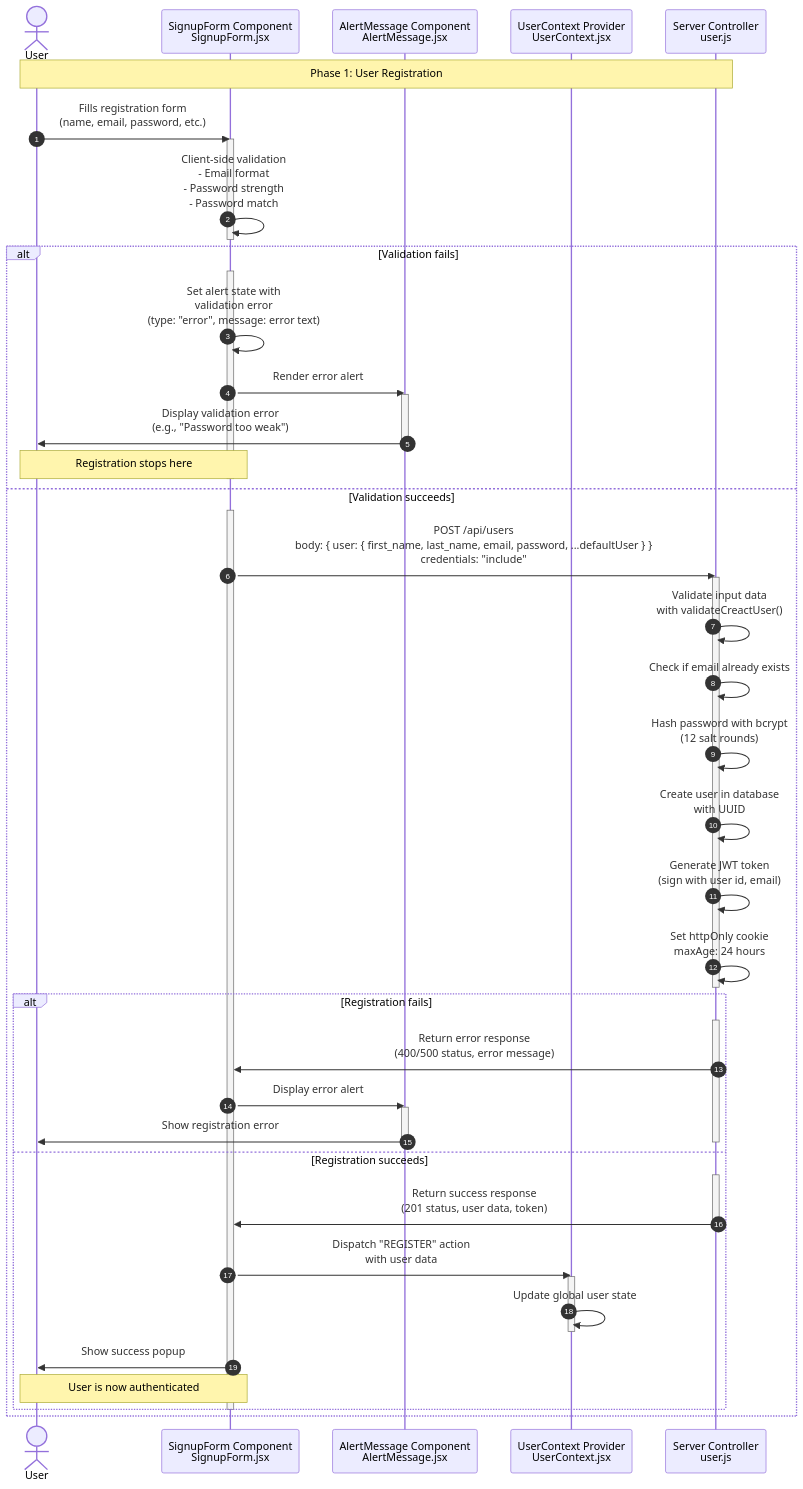
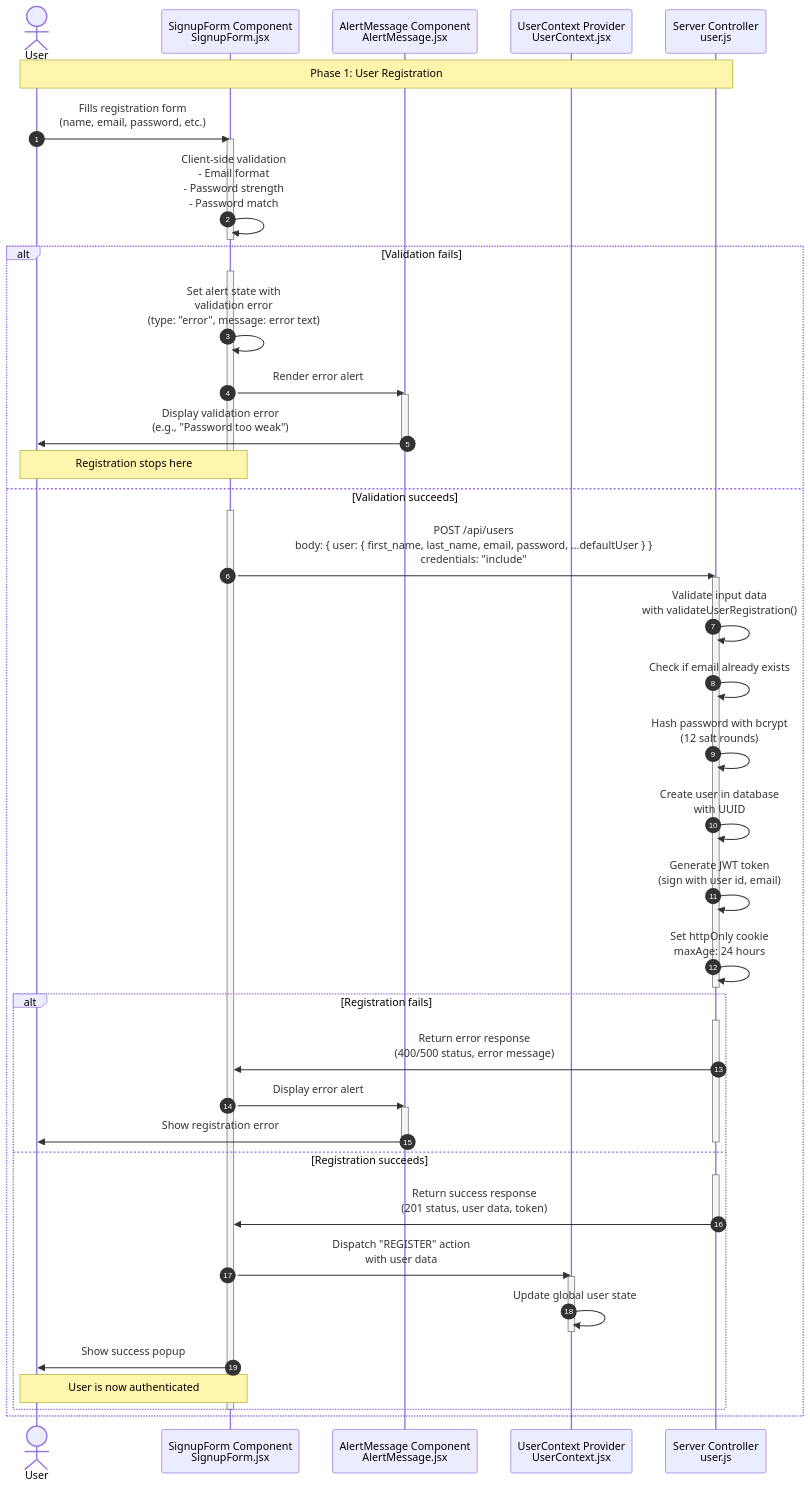
Before and after one commit to YahyaAl-Ademi/2025.10.23-JobCompass: the diagram in documentation/authentication/1.User Registration.md, drawn with Mermaid. The commit also changed other lines of this file and 4 other files, not shown here.

Commit message:
refactor(validation): replace validateCreactUser with validateUserRegistration for improved user input validation

````diff
--- a/documentation/authentication/1.User Registration.md
+++ b/documentation/authentication/1.User Registration.md
@@ -7,67 +7,67 @@
 ```mermaid
 sequenceDiagram
     autonumber
     actor User
     %% File paths:
     %% SignupForm: client/src/pages/SignupForm.jsx
     %% AlertMessage: client/src/components/AlertMessage/AlertMessage.jsx
     %% UserContext: client/src/context/UserContext.jsx
     %% createUser: server/src/controllers/user.js
     participant SignupForm as SignupForm Component<br/>SignupForm.jsx
     participant AlertMessage as AlertMessage Component<br/>AlertMessage.jsx
     participant UserContext as UserContext Provider<br/>UserContext.jsx
     participant Server as Server Controller<br/>user.js
 
     Note over User,Server: Phase 1: User Registration
     User->>SignupForm: Fills registration form<br/>(name, email, password, etc.)
     activate SignupForm
 
     SignupForm->>SignupForm: Client-side validation<br/>- Email format<br/>- Password strength<br/>- Password match
     deactivate SignupForm
 
     alt Validation fails
         activate SignupForm
         SignupForm->>SignupForm: Set alert state with<br/>validation error<br/>(type: "error", message: error text)
         SignupForm->>AlertMessage: Render error alert
         activate AlertMessage
         AlertMessage->>User: Display validation error<br/>(e.g., "Password too weak")
         deactivate AlertMessage
         Note over SignupForm,User: Registration stops here
         deactivate SignupForm
     else Validation succeeds
         activate SignupForm
         SignupForm->>Server: POST /api/users<br/>body: { user: { first_name, last_name, email, password, ...defaultUser } }<br/>credentials: "include"
         activate Server
 
-        Server->>Server: Validate input data<br/>with validateCreactUser()
+        Server->>Server: Validate input data<br/>with validateUserRegistration()
         Server->>Server: Check if email already exists
         Server->>Server: Hash password with bcrypt<br/>(12 salt rounds)
         Server->>Server: Create user in database<br/>with UUID
         Server->>Server: Generate JWT token<br/>(sign with user id, email)
         Server->>Server: Set httpOnly cookie<br/>maxAge: 24 hours
         deactivate Server
 
         alt Registration fails
             activate Server
             Server->>SignupForm: Return error response<br/>(400/500 status, error message)
             SignupForm->>AlertMessage: Display error alert
             activate AlertMessage
             AlertMessage->>User: Show registration error
             deactivate AlertMessage
             deactivate Server
         else Registration succeeds
             activate Server
             Server->>SignupForm: Return success response<br/>(201 status, user data, token)
             deactivate Server
 
             SignupForm->>UserContext: Dispatch "REGISTER" action<br/>with user data
             activate UserContext
             UserContext->>UserContext: Update global user state
             deactivate UserContext
 
             SignupForm->>User: Show success popup
             Note over SignupForm,User: User is now authenticated
         end
         deactivate SignupForm
     end
 ```
````
